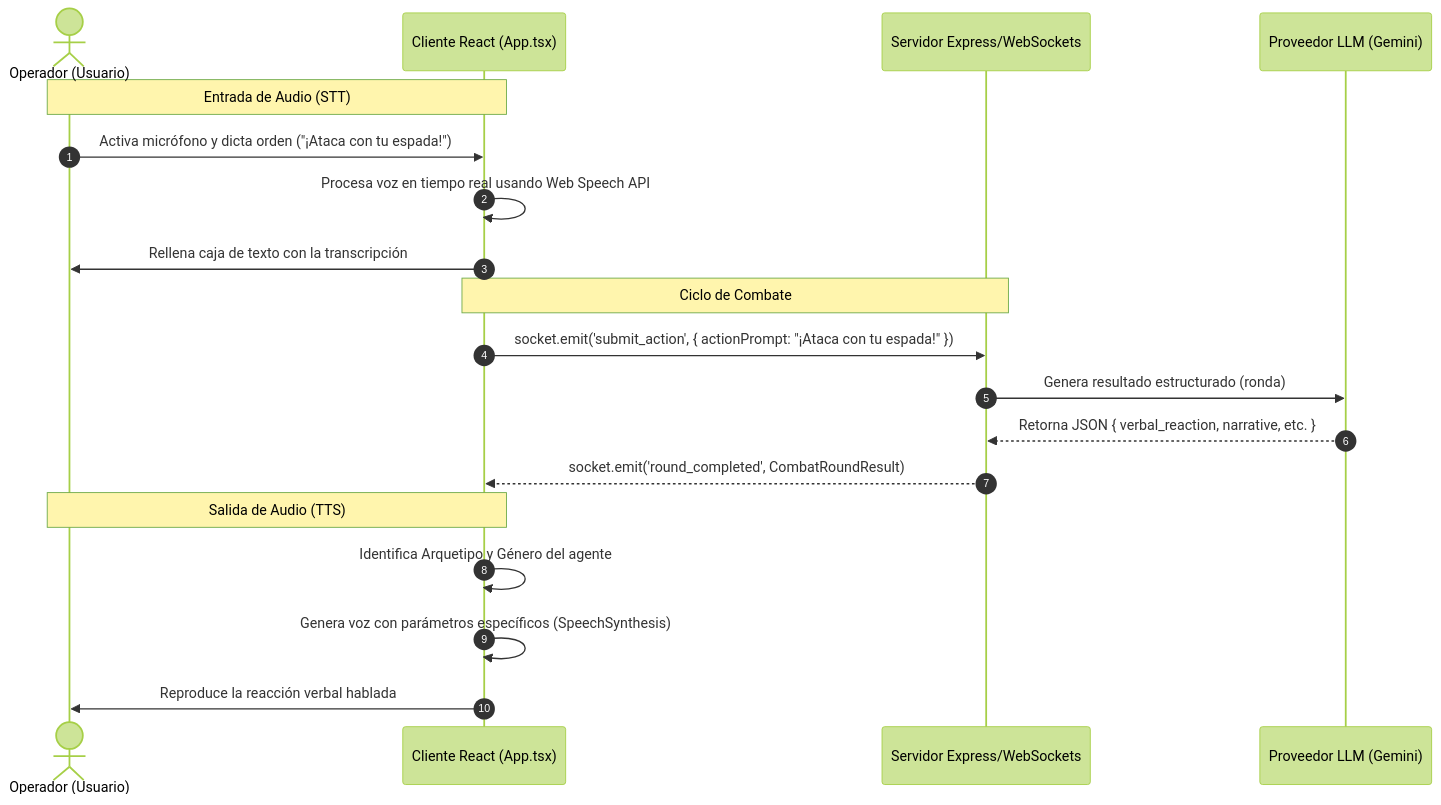
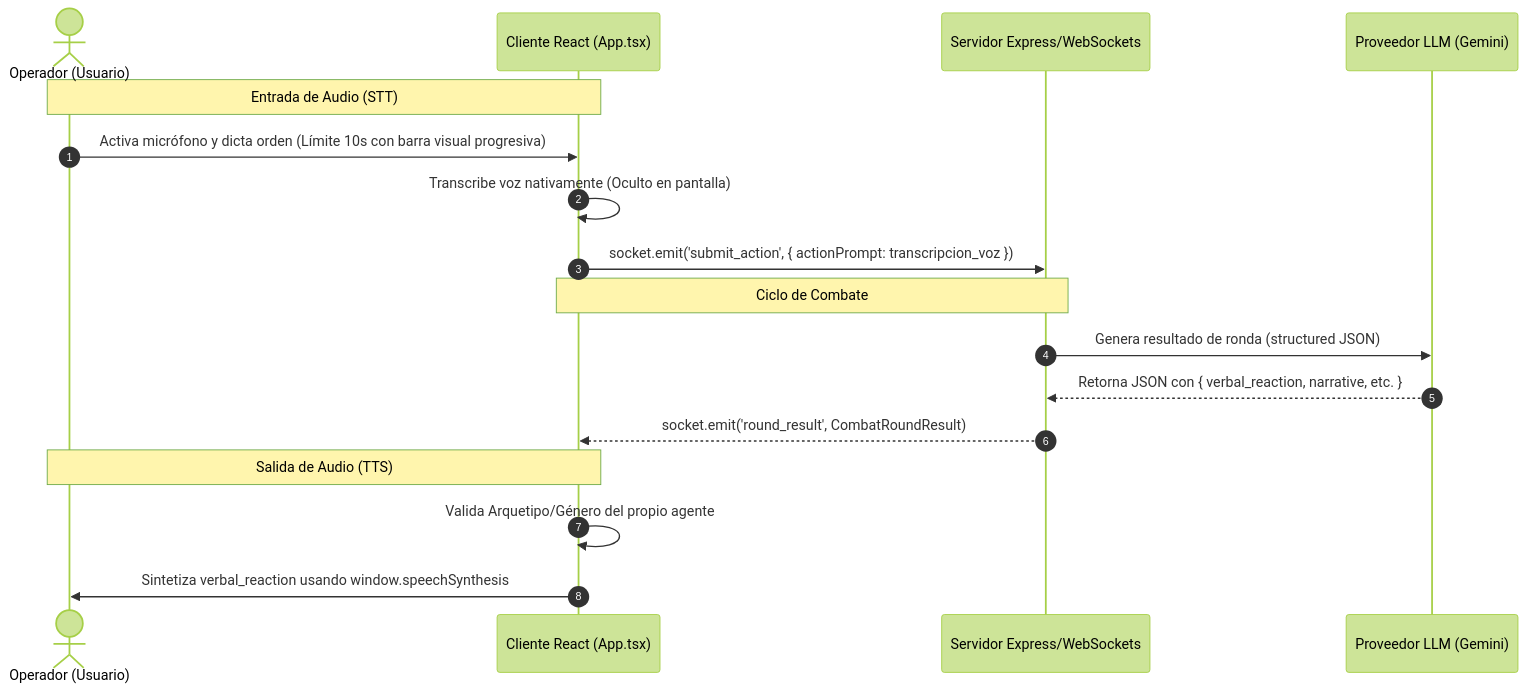
Before and after one commit to dp-cross-projects/battle-agents: the diagram in AUDIO_VOICE_DESIGN.md, drawn with Mermaid (forest theme). The commit also changed other lines of this file and 3 other files, not shown here.

````diff
--- a/AUDIO_VOICE_DESIGN.md
+++ b/AUDIO_VOICE_DESIGN.md
@@ -19,24 +25,22 @@
 ```mermaid
 sequenceDiagram
     autonumber
     actor Operador as Operador (Usuario)
     participant Client as Cliente React (App.tsx)
     participant Server as Servidor Express/WebSockets
     participant Gemini as Proveedor LLM (Gemini)
 
     Note over Operador,Client: Entrada de Audio (STT)
-    Operador->>Client: Activa micrófono y dicta orden ("¡Ataca con tu espada!")
-    Client->>Client: Procesa voz en tiempo real usando Web Speech API
-    Client->>Operador: Rellena caja de texto con la transcripción
-
+    Operador->>Client: Activa micrófono y dicta orden (Límite 10s con barra visual progresiva)
+    Client->>Client: Transcribe voz nativamente (Oculto en pantalla)
+    Client->>Server: socket.emit('submit_action', { actionPrompt: transcripcion_voz })
+    
     Note over Client,Server: Ciclo de Combate
-    Client->>Server: socket.emit('submit_action', { actionPrompt: "¡Ataca con tu espada!" })
-    Server->>Gemini: Genera resultado estructurado (ronda)
-    Gemini-->>Server: Retorna JSON { verbal_reaction, narrative, etc. }
-    Server-->>Client: socket.emit('round_completed', CombatRoundResult)
+    Server->>Gemini: Genera resultado de ronda (structured JSON)
+    Gemini-->>Server: Retorna JSON con { verbal_reaction, narrative, etc. }
+    Server-->>Client: socket.emit('round_result', CombatRoundResult)
 
     Note over Client,Operador: Salida de Audio (TTS)
-    Client->>Client: Identifica Arquetipo y Género del agente
-    Client->>Client: Genera voz con parámetros específicos (SpeechSynthesis)
-    Client->>Operador: Reproduce la reacción verbal hablada
+    Client->>Client: Valida Arquetipo/Género del propio agente
+    Client->>Operador: Sintetiza verbal_reaction usando window.speechSynthesis
 ```
````
